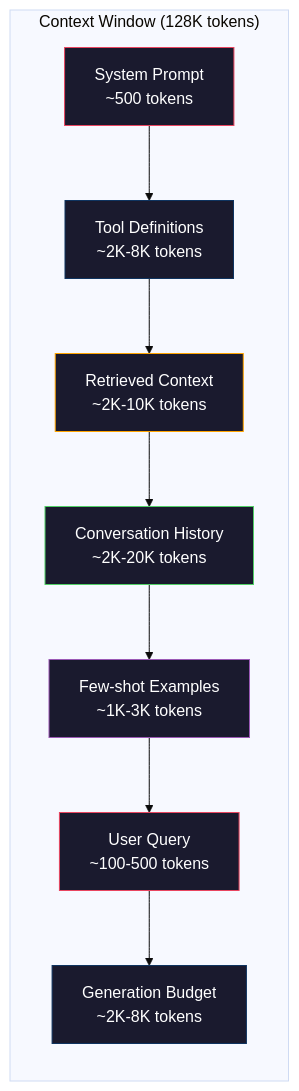
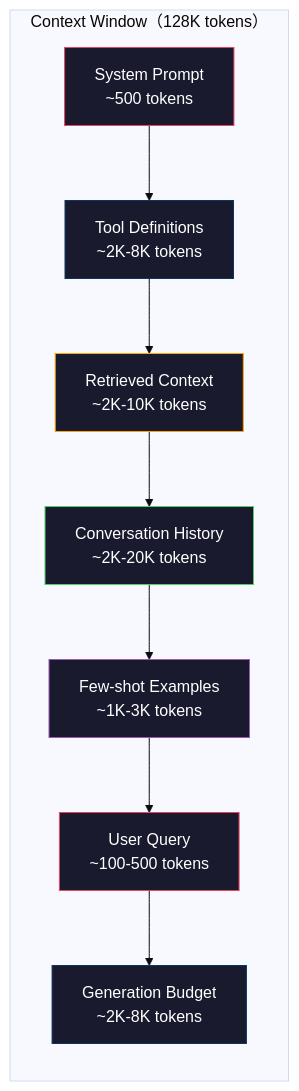
The first of 3 diagrams in phases/11-llm-engineering/05-context-engineering/docs/zh-CN.md (husky1102/ai-engineering-from-scratch-zh), drawn with Mermaid (base theme) before and after one commit. The commit also changed other lines of this file and 2 other files, not shown here.

Commit message:
fix(phase-11/05): polish context engineering lesson

````diff
--- a/phases/11-llm-engineering/05-context-engineering/docs/zh-CN.md
+++ b/phases/11-llm-engineering/05-context-engineering/docs/zh-CN.md
@@ -36,20 +36,20 @@
 ```mermaid
 graph TD
-    subgraph Window["Context Window (128K tokens)"]
+    subgraph Window["Context Window（128K tokens）"]
         direction TB
         S["System Prompt\n~500 tokens"] --> T["Tool Definitions\n~2K-8K tokens"]
         T --> R["Retrieved Context\n~2K-10K tokens"]
         R --> H["Conversation History\n~2K-20K tokens"]
         H --> F["Few-shot Examples\n~1K-3K tokens"]
         F --> Q["User Query\n~100-500 tokens"]
         Q --> G["Generation Budget\n~2K-8K tokens"]
     end
 
     style S fill:#1a1a2e,stroke:#e94560,color:#fff
     style T fill:#1a1a2e,stroke:#0f3460,color:#fff
     style R fill:#1a1a2e,stroke:#ffa500,color:#fff
     style H fill:#1a1a2e,stroke:#51cf66,color:#fff
     style F fill:#1a1a2e,stroke:#9b59b6,color:#fff
     style Q fill:#1a1a2e,stroke:#e94560,color:#fff
     style G fill:#1a1a2e,stroke:#0f3460,color:#fff
 ```
````
